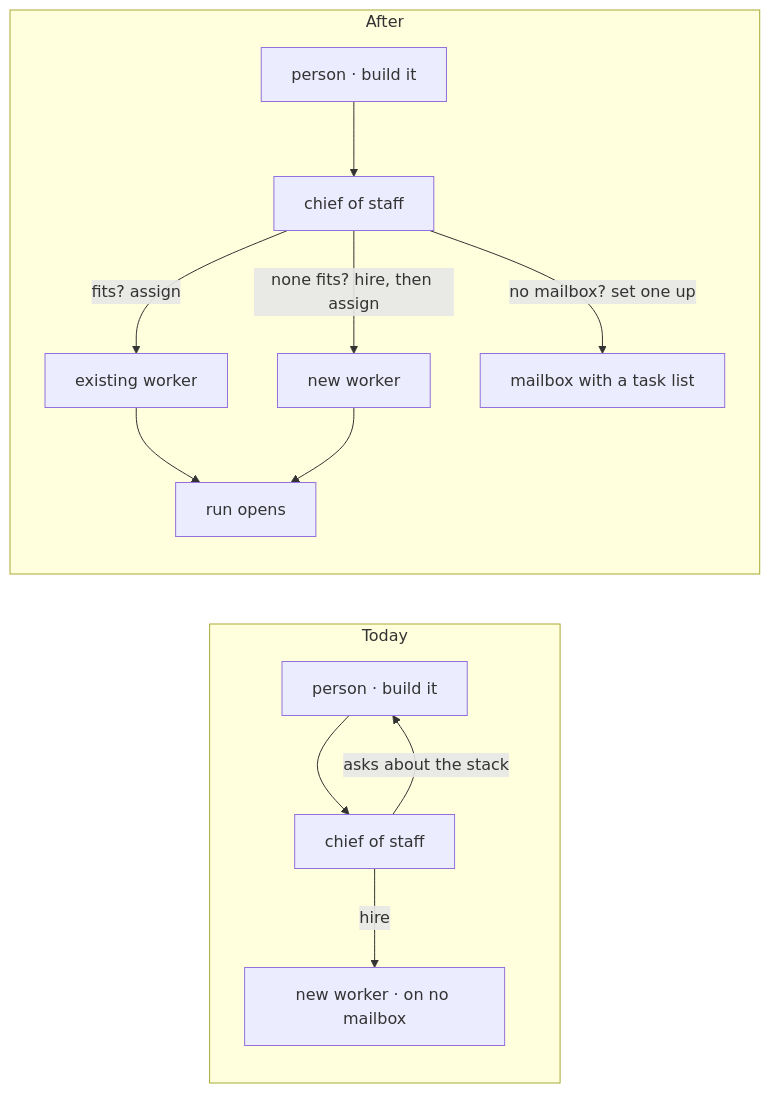
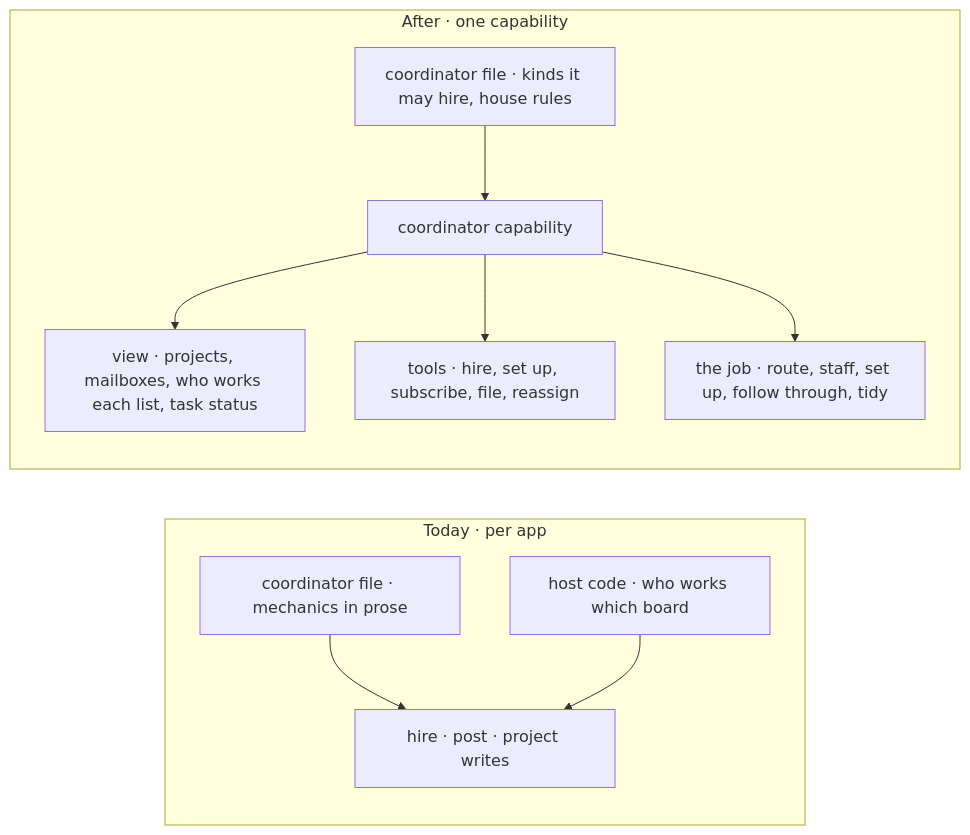
The second of 2 diagrams in specs/issues/FIX-1774/SPEC.md (fixpoint-labs/flow-state-dev), drawn with Mermaid before and after one commit. The commit also changed other lines of this file and 4 other files, not shown here.

First line of the commit message:
spec(FIX-1774): the coordinator's job as one Workforce capability

````diff
--- a/specs/issues/FIX-1774/SPEC.md
+++ b/specs/issues/FIX-1774/SPEC.md
@@ -56,16 +55,13 @@
 ```mermaid
 flowchart LR
-  subgraph today["Today"]
-    P1["person · build it"] --> C1["chief of staff"]
-    C1 -->|"hire"| H1["new worker · on no mailbox"]
-    C1 -->|"asks about the stack"| P1
+  subgraph today["Today · per app"]
+    W1["coordinator file · mechanics in prose"] --> T1["hire · post · project writes"]
+    H1["host code · who works which board"] --> T1
   end
-  subgraph after["After"]
-    P2["person · build it"] --> C2["chief of staff"]
-    C2 -->|"fits? assign"| W["existing worker"]
-    C2 -->|"none fits? hire, then assign"| H2["new worker"]
-    C2 -->|"no mailbox? set one up"| M["mailbox with a task list"]
-    W --> R["run opens"]
-    H2 --> R
+  subgraph after["After · one capability"]
+    CAP["coordinator capability"] --> V["view · projects, mailboxes, who works each list, task status"]
+    CAP --> TL["tools · hire, set up, subscribe, file, reassign"]
+    CAP --> I["the job · route, staff, set up, follow through, tidy"]
+    W2["coordinator file · kinds it may hire, house rules"] --> CAP
   end
 ```
````
